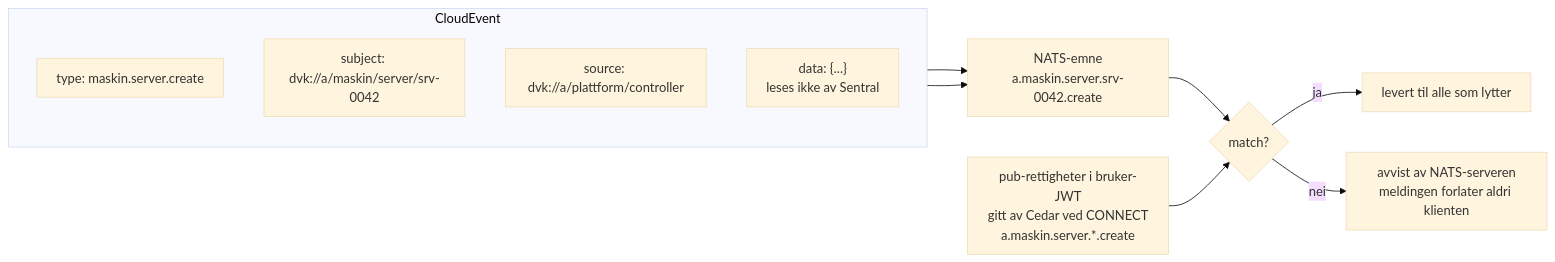
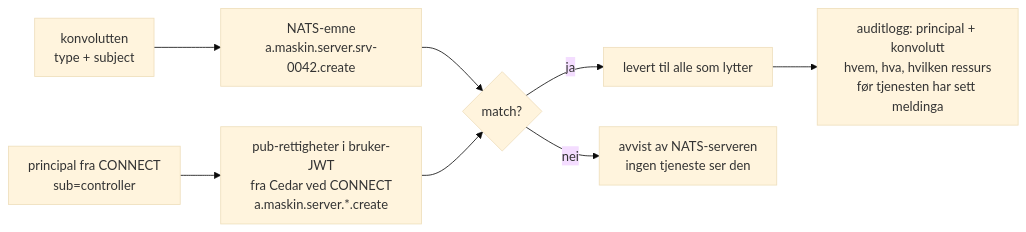
Before and after one commit to dataverket-org/org: the fifth of 7 diagrams in docs/arrangement/2026-10-14-containerkonferansen/foredrag.md, drawn with Mermaid (base theme). The commit also changed other lines of this file and 9 other files, not shown here.

````diff
--- a/docs/arrangement/2026-10-14-containerkonferansen/foredrag.md
+++ b/docs/arrangement/2026-10-14-containerkonferansen/foredrag.md
@@ -218,20 +337,14 @@
 ```mermaid
 %%{init: {"handDrawnSeed": 1, "fontFamily": "Helvetica, Arial, sans-serif", "flowchart": {"htmlLabels": true, "padding": 12}}}%%
 flowchart LR
-  subgraph E["CloudEvent"]
-    direction TB
-    T["type: maskin.server.create"]
-    SU["subject: dvk://a/maskin/server/srv-0042"]
-    SRC["source: dvk://a/plattform/controller"]
-    D["data: {...}<br/>leses ikke av Sentral"]
-  end
+  K["konvolutten<br/>type + subject"]
   SUBJ["NATS-emne<br/>a.maskin.server.srv-0042.create"]
-  J["pub-rettigheter i bruker-JWT<br/>gitt av Cedar ved CONNECT<br/>a.maskin.server.*.create"]
+  P["principal fra CONNECT<br/>sub=controller"]
+  J["pub-rettigheter i bruker-JWT<br/>fra Cedar ved CONNECT<br/>a.maskin.server.*.create"]
   R{"match?"}
-  T --> SUBJ
-  SU --> SUBJ
-  SUBJ --> R
-  J --> R
+  K --> SUBJ --> R
+  P --> J --> R
   R -- ja --> OK["levert til alle som lytter"]
-  R -- nei --> NO["avvist av NATS-serveren<br/>meldingen forlater aldri klienten"]
+  R -- nei --> NO["avvist av NATS-serveren<br/>ingen tjeneste ser den"]
+  OK --> LOG["auditlogg: principal + konvolutt<br/>hvem, hva, hvilken ressurs<br/>før tjenesten har sett meldinga"]
 ```
````
